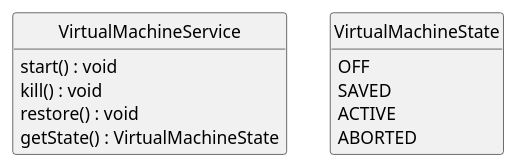
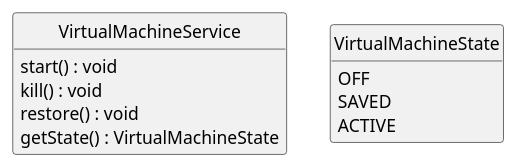
One commit to uniba-dsg/betsy changed the diagram in doc/vm-service.puml. Above: the diagram before and after it, drawn with PlantUML. The commit also changed 3 other files, not shown here.

Commit message:
Update diagrams.

```diff
--- a/doc/vm-service.puml
+++ b/doc/vm-service.puml
@@ -1,24 +1,23 @@
 @startuml
 
 class VirtualMachineService {
   start() : void
   kill() : void
   restore() : void
   getState() : VirtualMachineState
 }
 
 class VirtualMachineState {
   OFF
   SAVED
   ACTIVE
-  ABORTED
 }
 
 hide empty members
 hide empty methods
 hide circle
 
 skinparam monochrome true
 skinparam shadowing false
 skinparam packageStyle rect
 @enduml
```
